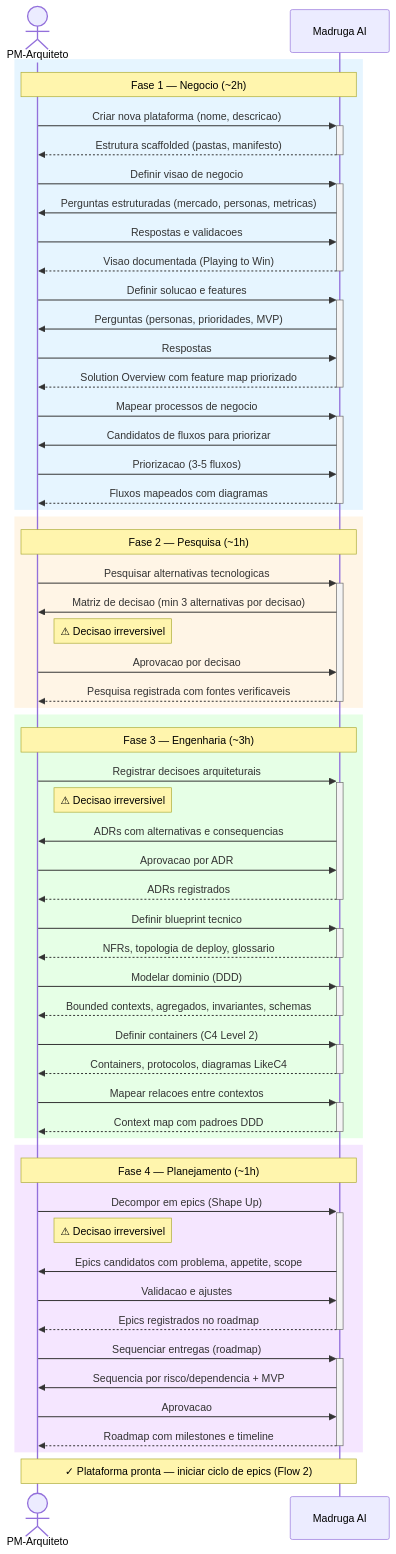
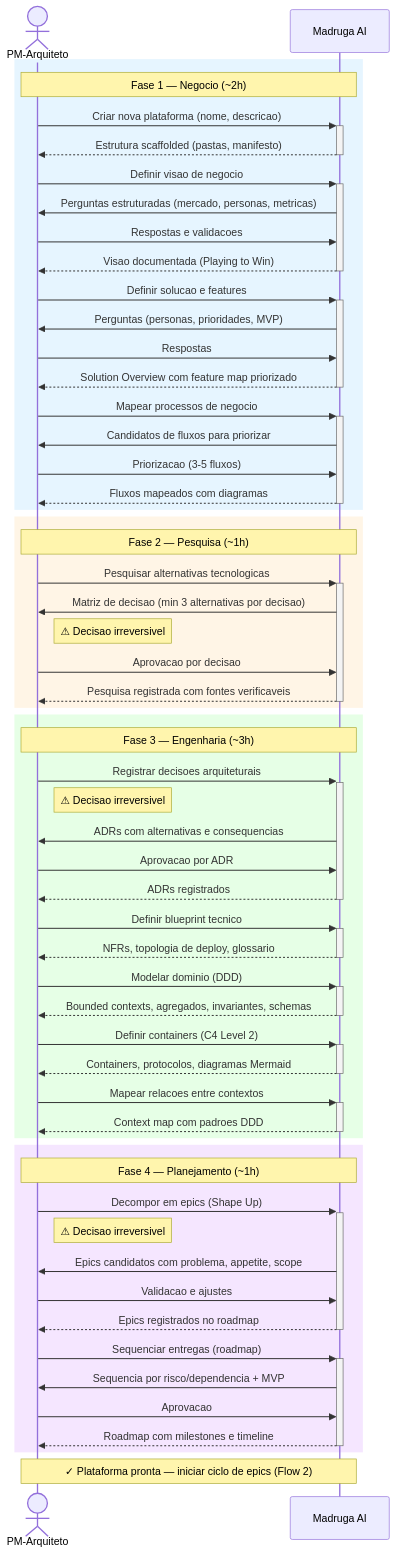
One commit to paceautomations/madruga.ai changed the second of 9 diagrams in platforms/madruga-ai/business/process.md. Above: the diagram before and after it, drawn with Mermaid. The commit also changed other lines of this file and 145 other files, not shown here.

First line of the commit message:
feat: epic 022 — LikeC4 → Mermaid migration

````diff
--- a/platforms/madruga-ai/business/process.md
+++ b/platforms/madruga-ai/business/process.md
@@ -116,72 +118,72 @@
 ```mermaid
 sequenceDiagram
     actor PM as PM-Arquiteto
     participant Plataforma as Madruga AI
 
     rect rgb(230, 245, 255)
     note over PM, Plataforma: Fase 1 — Negocio (~2h)
     PM->>+Plataforma: Criar nova plataforma (nome, descricao)
     Plataforma-->>-PM: Estrutura scaffolded (pastas, manifesto)
 
     PM->>+Plataforma: Definir visao de negocio
     Plataforma->>PM: Perguntas estruturadas (mercado, personas, metricas)
     PM->>Plataforma: Respostas e validacoes
     Plataforma-->>-PM: Visao documentada (Playing to Win)
 
     PM->>+Plataforma: Definir solucao e features
     Plataforma->>PM: Perguntas (personas, prioridades, MVP)
     PM->>Plataforma: Respostas
     Plataforma-->>-PM: Solution Overview com feature map priorizado
 
     PM->>+Plataforma: Mapear processos de negocio
     Plataforma->>PM: Candidatos de fluxos para priorizar
     PM->>Plataforma: Priorizacao (3-5 fluxos)
     Plataforma-->>-PM: Fluxos mapeados com diagramas
     end
 
     rect rgb(255, 245, 230)
     note over PM, Plataforma: Fase 2 — Pesquisa (~1h)
     PM->>+Plataforma: Pesquisar alternativas tecnologicas
     Plataforma->>PM: Matriz de decisao (min 3 alternativas por decisao)
     note right of PM: ⚠ Decisao irreversivel
     PM->>Plataforma: Aprovacao por decisao
     Plataforma-->>-PM: Pesquisa registrada com fontes verificaveis
     end
 
     rect rgb(230, 255, 230)
     note over PM, Plataforma: Fase 3 — Engenharia (~3h)
     PM->>+Plataforma: Registrar decisoes arquiteturais
     note right of PM: ⚠ Decisao irreversivel
     Plataforma->>PM: ADRs com alternativas e consequencias
     PM->>Plataforma: Aprovacao por ADR
     Plataforma-->>-PM: ADRs registrados
 
     PM->>+Plataforma: Definir blueprint tecnico
     Plataforma-->>-PM: NFRs, topologia de deploy, glossario
 
     PM->>+Plataforma: Modelar dominio (DDD)
     Plataforma-->>-PM: Bounded contexts, agregados, invariantes, schemas
 
     PM->>+Plataforma: Definir containers (C4 Level 2)
-    Plataforma-->>-PM: Containers, protocolos, diagramas LikeC4
+    Plataforma-->>-PM: Containers, protocolos, diagramas Mermaid
 
     PM->>+Plataforma: Mapear relacoes entre contextos
     Plataforma-->>-PM: Context map com padroes DDD
     end
 
     rect rgb(245, 230, 255)
     note over PM, Plataforma: Fase 4 — Planejamento (~1h)
     PM->>+Plataforma: Decompor em epics (Shape Up)
     note right of PM: ⚠ Decisao irreversivel
     Plataforma->>PM: Epics candidatos com problema, appetite, scope
     PM->>Plataforma: Validacao e ajustes
     Plataforma-->>-PM: Epics registrados no roadmap
 
     PM->>+Plataforma: Sequenciar entregas (roadmap)
     Plataforma->>PM: Sequencia por risco/dependencia + MVP
     PM->>Plataforma: Aprovacao
     Plataforma-->>-PM: Roadmap com milestones e timeline
     end
 
     note over PM, Plataforma: ✓ Plataforma pronta — iniciar ciclo de epics (Flow 2)
 ```
````
